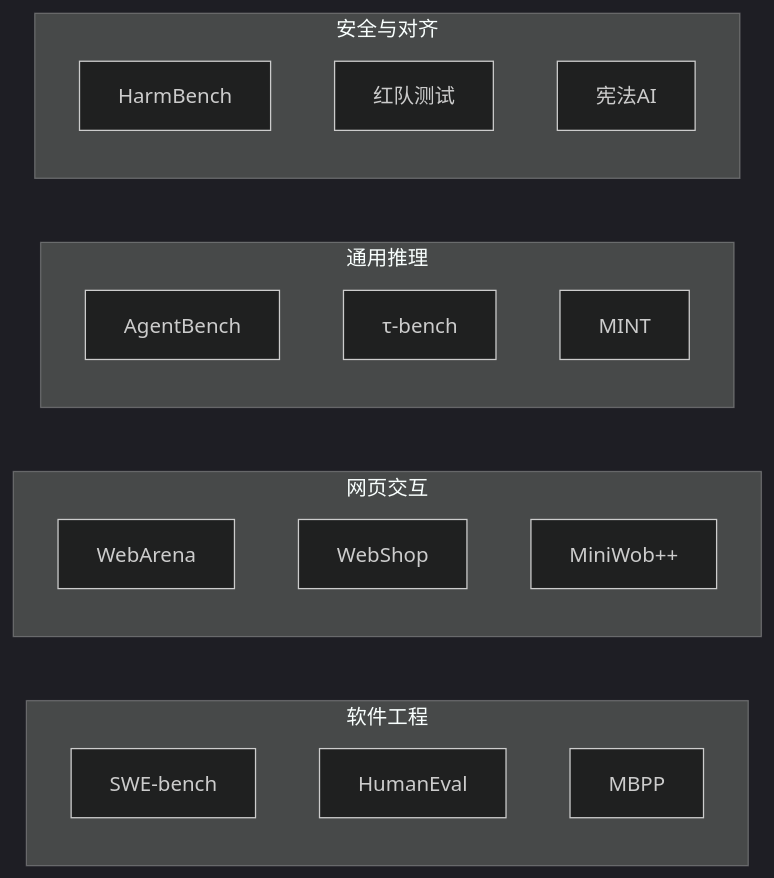
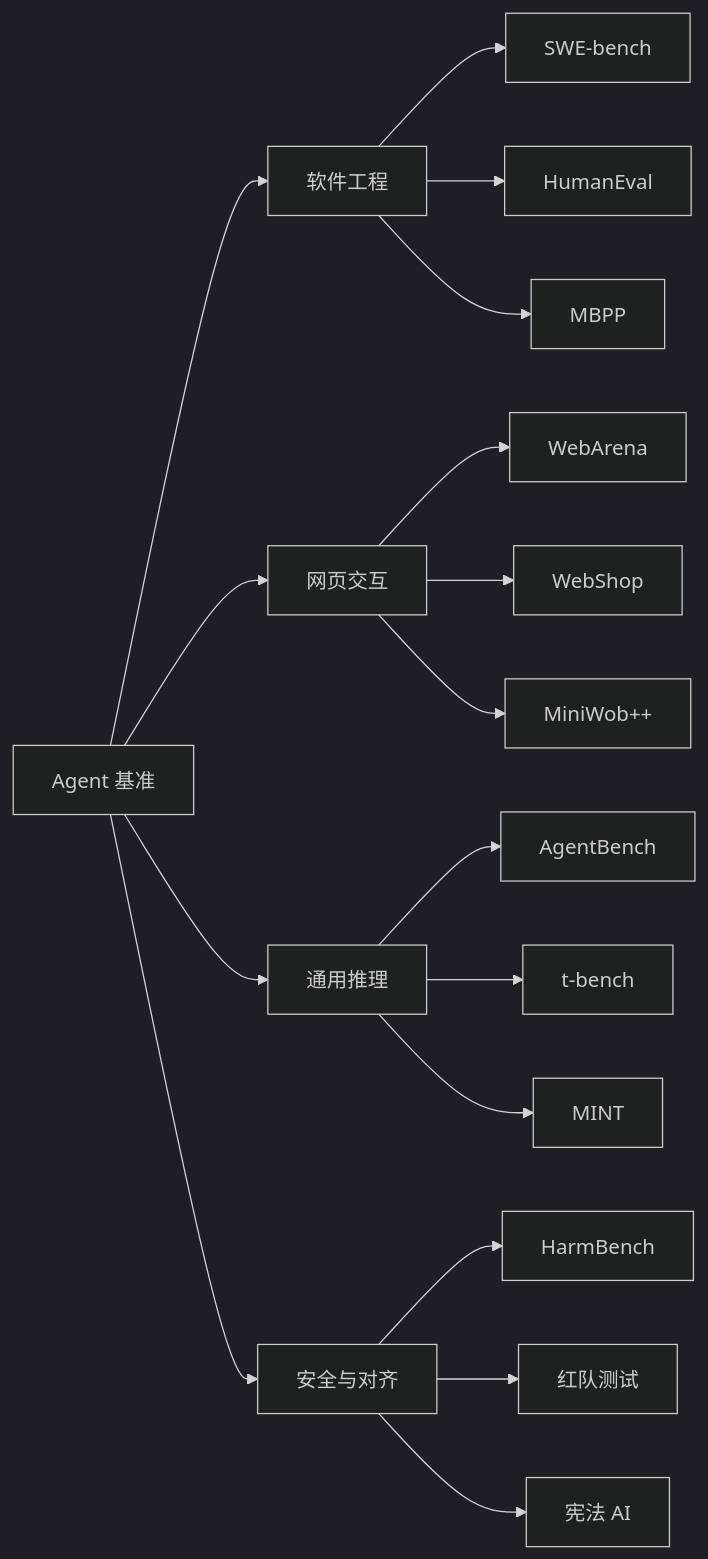
The fourth of 8 diagrams in docs/agent/production/agent-evaluation.md (Shyu-x/frontend-interview), drawn with Mermaid (dark theme) before and after one commit. The commit also changed other lines of this file and 58 other files, not shown here.

First line of the commit message:
docs(agent): 重写 40 个旧 Agent 页，新增会话存储专题与七天 MiniCode 课程

````diff
--- a/docs/agent/production/agent-evaluation.md
+++ b/docs/agent/production/agent-evaluation.md
@@ -225,26 +537,19 @@
 ```mermaid
 flowchart LR
-    subgraph 软件工程["软件工程"]
-        SWE[SWE-bench]
-        HE[HumanEval]
-        MB[MBPP]
-    end
-    
-    subgraph 网页交互["网页交互"]
-        WA[WebArena]
-        WS[WebShop]
-        MW[MiniWob++]
-    end
-    
-    subgraph 通用推理["通用推理"]
-        AB[AgentBench]
-        TB[τ-bench]
-        MN[MINT]
-    end
-    
-    subgraph 安全对齐["安全与对齐"]
-        HB[HarmBench]
-        RT[红队测试]
-        CA[宪法AI]
-    end
+    R["Agent 基准"] --> A["软件工程"]
+    R --> B["网页交互"]
+    R --> C["通用推理"]
+    R --> D["安全与对齐"]
+    A --> A1["SWE-bench"]
+    A --> A2["HumanEval"]
+    A --> A3["MBPP"]
+    B --> B1["WebArena"]
+    B --> B2["WebShop"]
+    B --> B3["MiniWob++"]
+    C --> C1["AgentBench"]
+    C --> C2["t-bench"]
+    C --> C3["MINT"]
+    D --> D1["HarmBench"]
+    D --> D2["红队测试"]
+    D --> D3["宪法 AI"]
 ```
````
